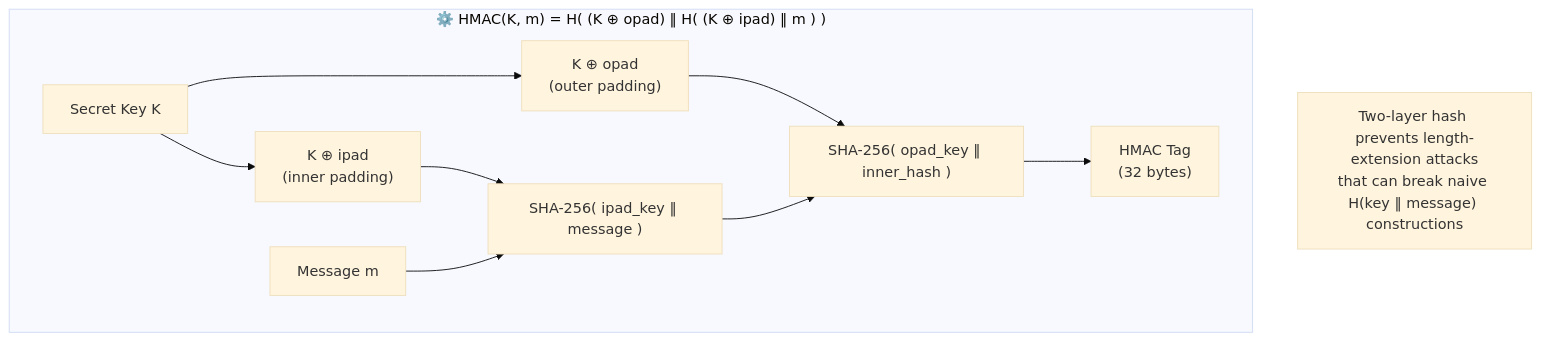
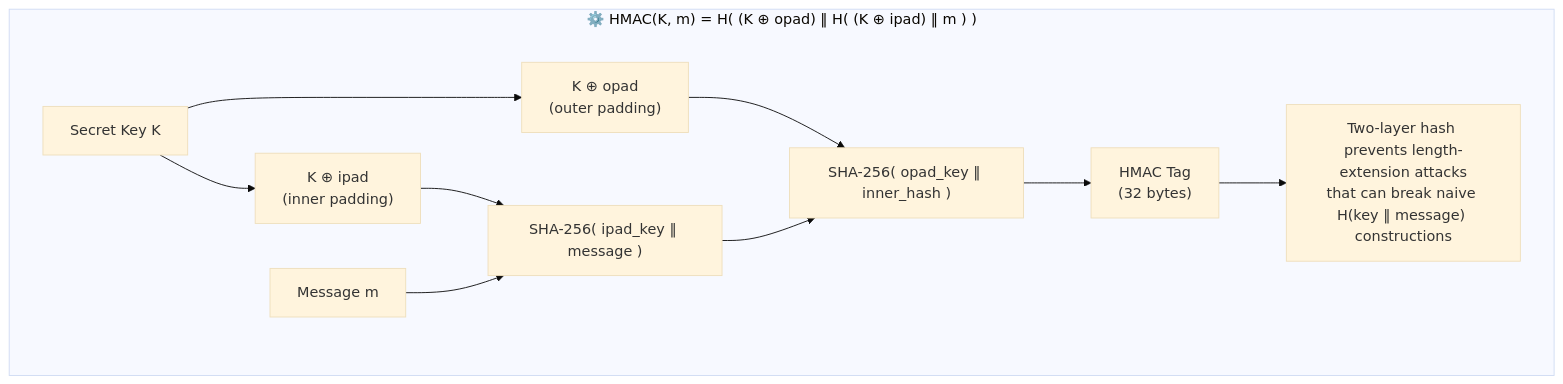
The second of 4 diagrams in src/main/java/security/mac/README.md (csoares/SecurityJava), drawn with Mermaid (base theme) before and after one commit. The commit also changed 8 other files, not shown here.

Commit message:
Enhance README with additional flowchart connections and clarifications for cryptographic concepts

````diff
--- a/src/main/java/security/mac/README.md
+++ b/src/main/java/security/mac/README.md
@@ -35,17 +35,17 @@
 ```mermaid
 flowchart TD
     subgraph Construction ["⚙️ HMAC(K, m) = H( (K ⊕ opad) ‖ H( (K ⊕ ipad) ‖ m ) )"]
         K["Secret Key K"]
         M["Message m"]
         IPAD["K ⊕ ipad<br/>(inner padding)"]
         OPAD["K ⊕ opad<br/>(outer padding)"]
         H1["SHA-256( ipad_key ‖ message )"]
         H2["SHA-256( opad_key ‖ inner_hash )"]
         TAG["HMAC Tag<br/>(32 bytes)"]
         K --> IPAD --> H1
         M --> H1
         K --> OPAD --> H2
         H1 --> H2 --> TAG
+        TAG --> NOTE["Two-layer hash prevents length-extension attacks<br/>that can break naive H(key ‖ message) constructions"]
     end
-    NOTE["Two-layer hash prevents length-extension attacks<br/>that can break naive H(key ‖ message) constructions"]
 ```
````
